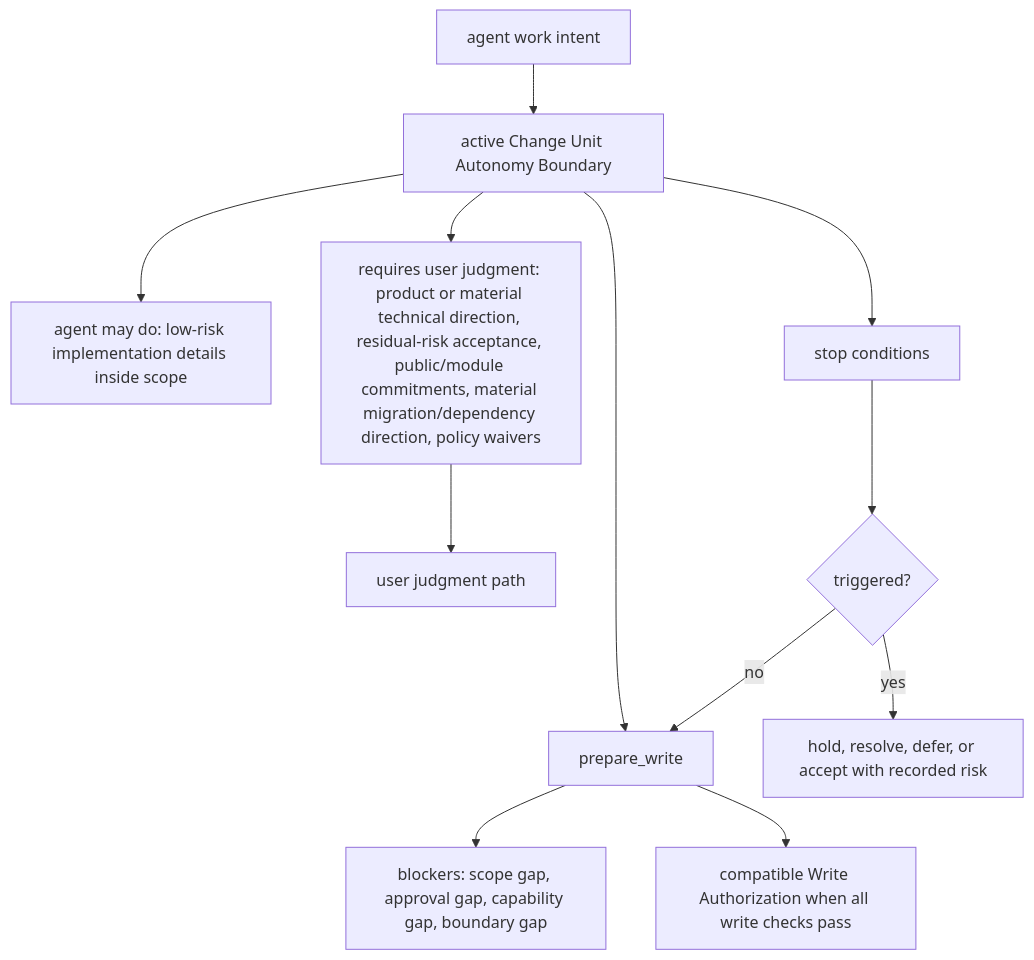
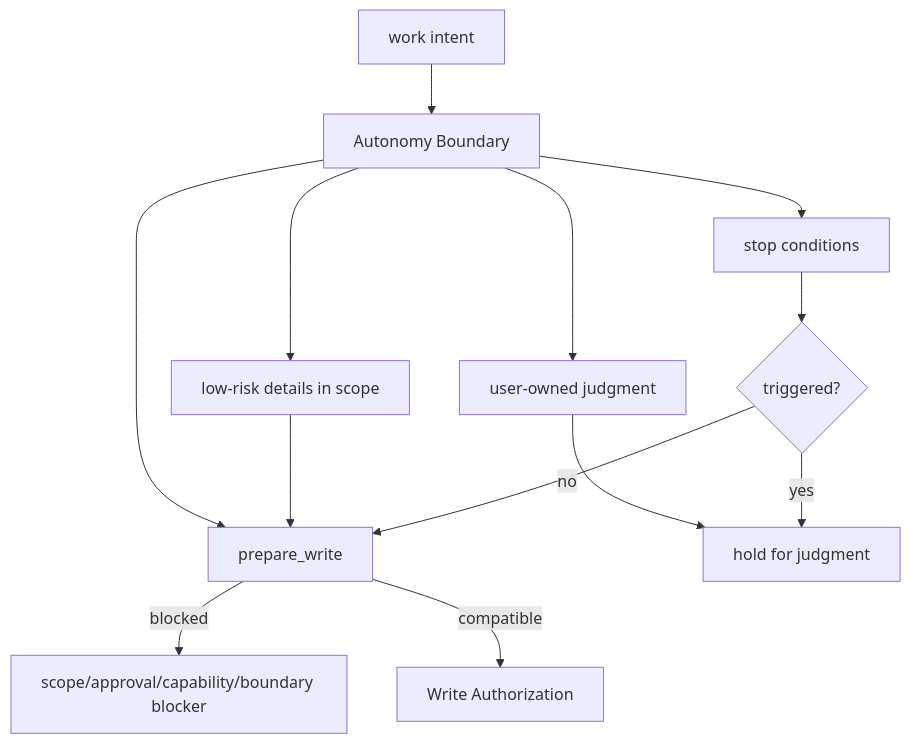
The first of 2 diagrams in docs/en/reference/design-quality-policies.md (minjungw00/Harness_Project), drawn with Mermaid before and after one commit. The commit also changed other lines of this file and 15 other files, not shown here.

Commit message:
docs: simplify and audit Harness diagrams

````diff
--- a/docs/en/reference/design-quality-policies.md
+++ b/docs/en/reference/design-quality-policies.md
@@ -235,15 +235,16 @@
 ```mermaid
 flowchart TD
-  Intent["agent work intent"] --> Boundary["active Change Unit Autonomy Boundary"]
-  Boundary --> MayDo["agent may do: low-risk implementation details inside scope"]
-  Boundary --> UserJudgment["requires user judgment: product or material technical direction, residual-risk acceptance, public/module commitments, material migration/dependency direction, policy waivers"]
+  Intent["work intent"] --> Boundary["Autonomy Boundary"]
+  Boundary --> MayDo["low-risk details in scope"]
+  Boundary --> UserJudgment["user-owned judgment"]
   Boundary --> Stops["stop conditions"]
   Boundary --> Prepare["prepare_write"]
 
-  UserJudgment --> Packet["user judgment path"]
+  MayDo --> Prepare
+  UserJudgment --> Hold["hold for judgment"]
   Stops --> StopTriggered{"triggered?"}
-  StopTriggered -- yes --> Hold["hold, resolve, defer, or accept with recorded risk"]
-  StopTriggered -- no --> Prepare
-  Prepare --> Blockers["blockers: scope gap, approval gap, capability gap, boundary gap"]
-  Prepare --> WriteAuth["compatible Write Authorization when all write checks pass"]
+  StopTriggered -->|yes| Hold
+  StopTriggered -->|no| Prepare
+  Prepare -->|blocked| Blockers["scope/approval/capability/boundary blocker"]
+  Prepare -->|compatible| WriteAuth["Write Authorization"]
 ```
````
